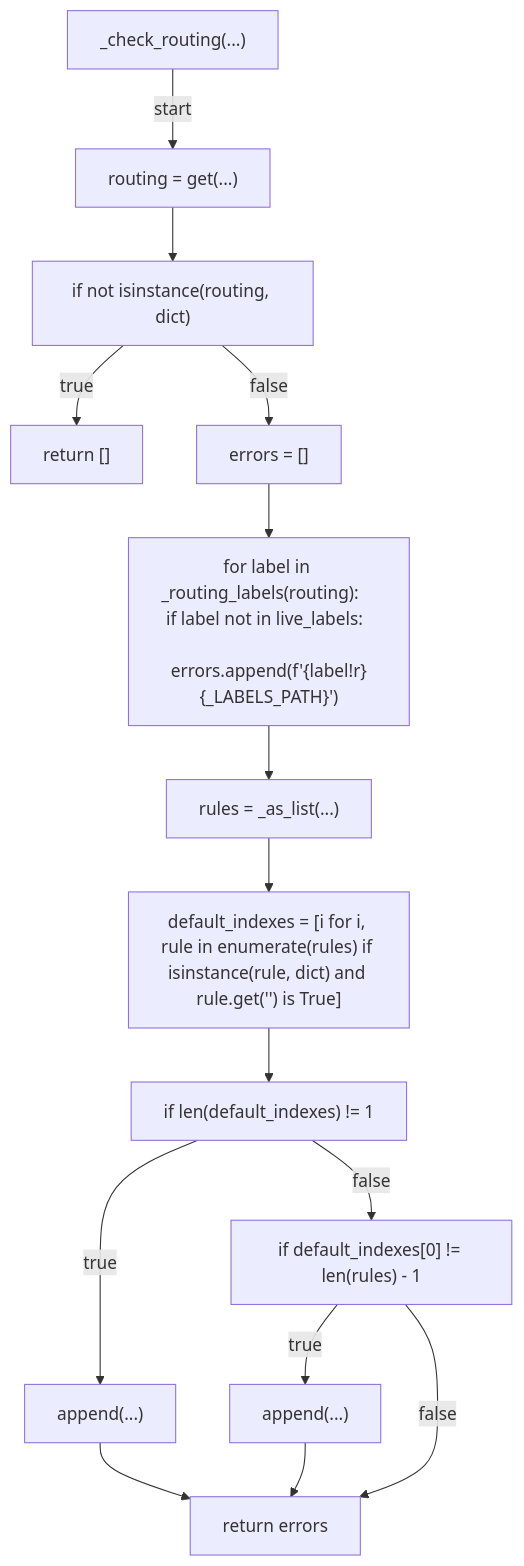
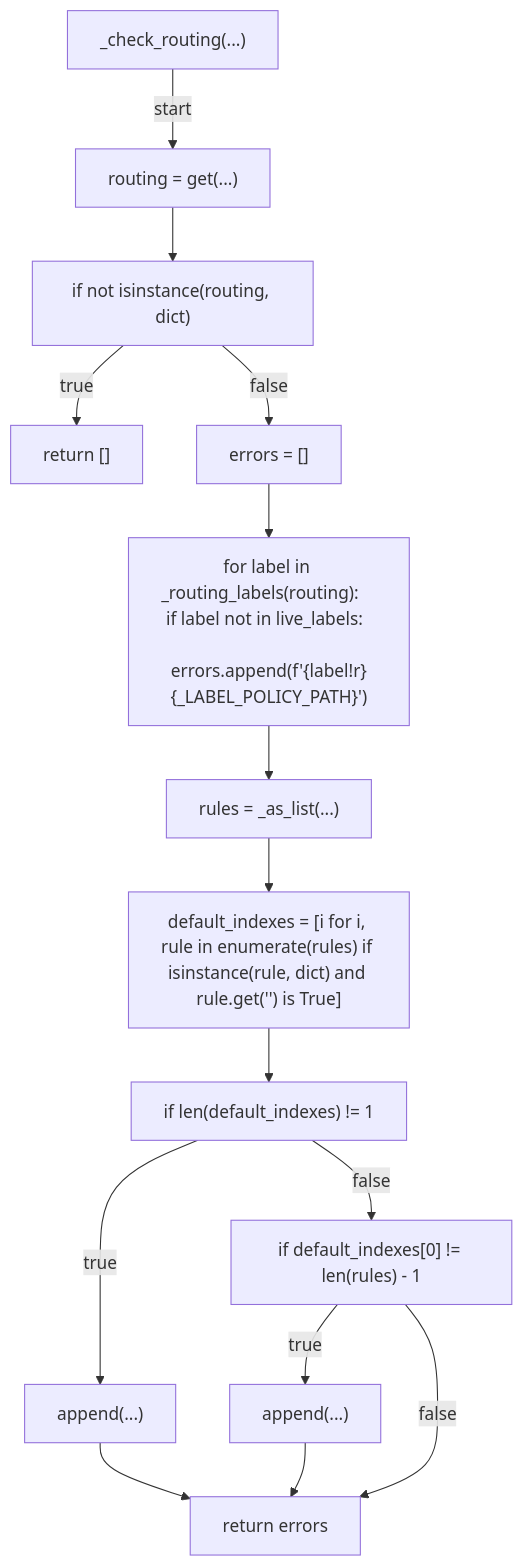
One commit to tvna/claude-md changed the ninth of 14 diagrams in docs/generated/scripts/ast/scan_ssot_schema.md. Above: the diagram before and after it, drawn with Mermaid. The commit also changed other lines of this file and 7 other files, not shown here.

First line of the commit message:
docs(generated): regenerate decision tree and workflow diagrams (#2503)

````diff
--- a/docs/generated/scripts/ast/scan_ssot_schema.md
+++ b/docs/generated/scripts/ast/scan_ssot_schema.md
@@ -145,30 +132,30 @@
 ```mermaid
 flowchart TD
     N001["_check_routing(...)"]
     N002["routing = get(...)"]
     N003["if not isinstance(routing, dict)"]
     N004["return []"]
     N005["errors = []"]
-    N006["for label in _routing_labels(routing):     if label not in live_labels:         errors.append(f'<str>{label!r}<str>{_LABELS_PATH}')"]
+    N006["for label in _routing_labels(routing):     if label not in live_labels:         errors.append(f'<str>{label!r}<str>{_LABEL_POLICY_PATH}')"]
     N007["rules = _as_list(...)"]
     N008["default_indexes = [i for i, rule in enumerate(rules) if isinstance(rule, dict) and rule.get('<str>') is True]"]
     N009["if len(default_indexes) != 1"]
     N010["append(...)"]
     N011["if default_indexes[0] != len(rules) - 1"]
     N012["append(...)"]
     N013["return errors"]
     N001 -->|"start"| N002
     N002 --> N003
     N003 -->|"true"| N004
     N003 -->|"false"| N005
     N005 --> N006
     N006 --> N007
     N007 --> N008
     N008 --> N009
     N009 -->|"true"| N010
     N009 -->|"false"| N011
     N011 -->|"true"| N012
     N010 --> N013
     N012 --> N013
     N011 -->|"false"| N013
 ```
````
